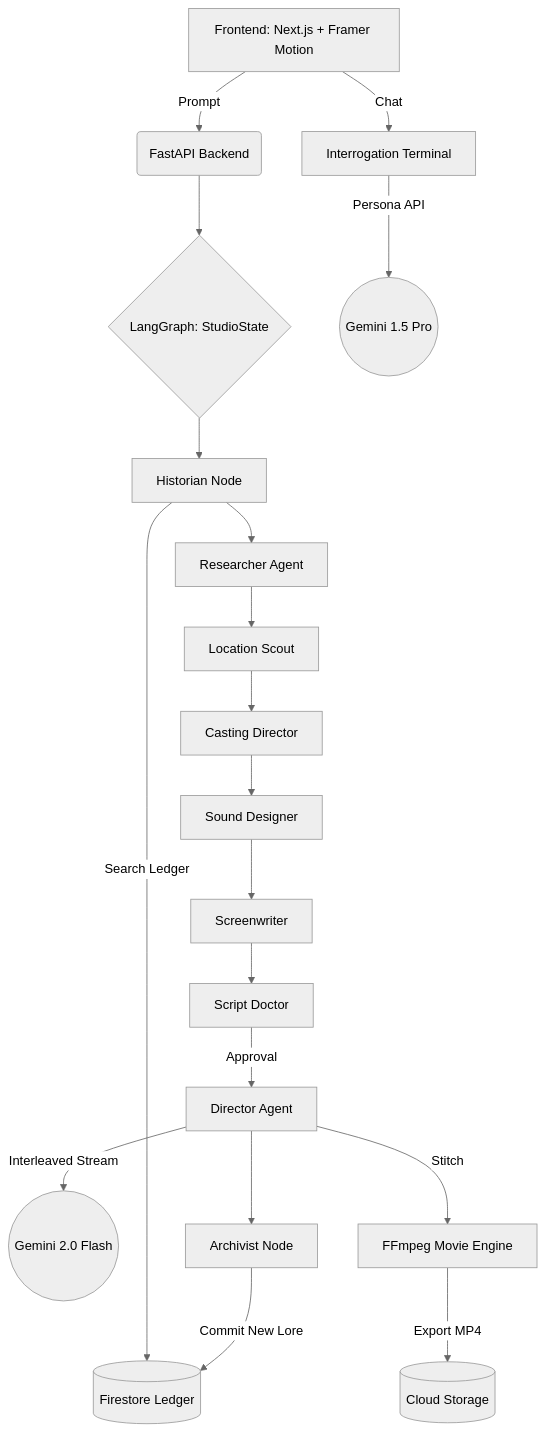
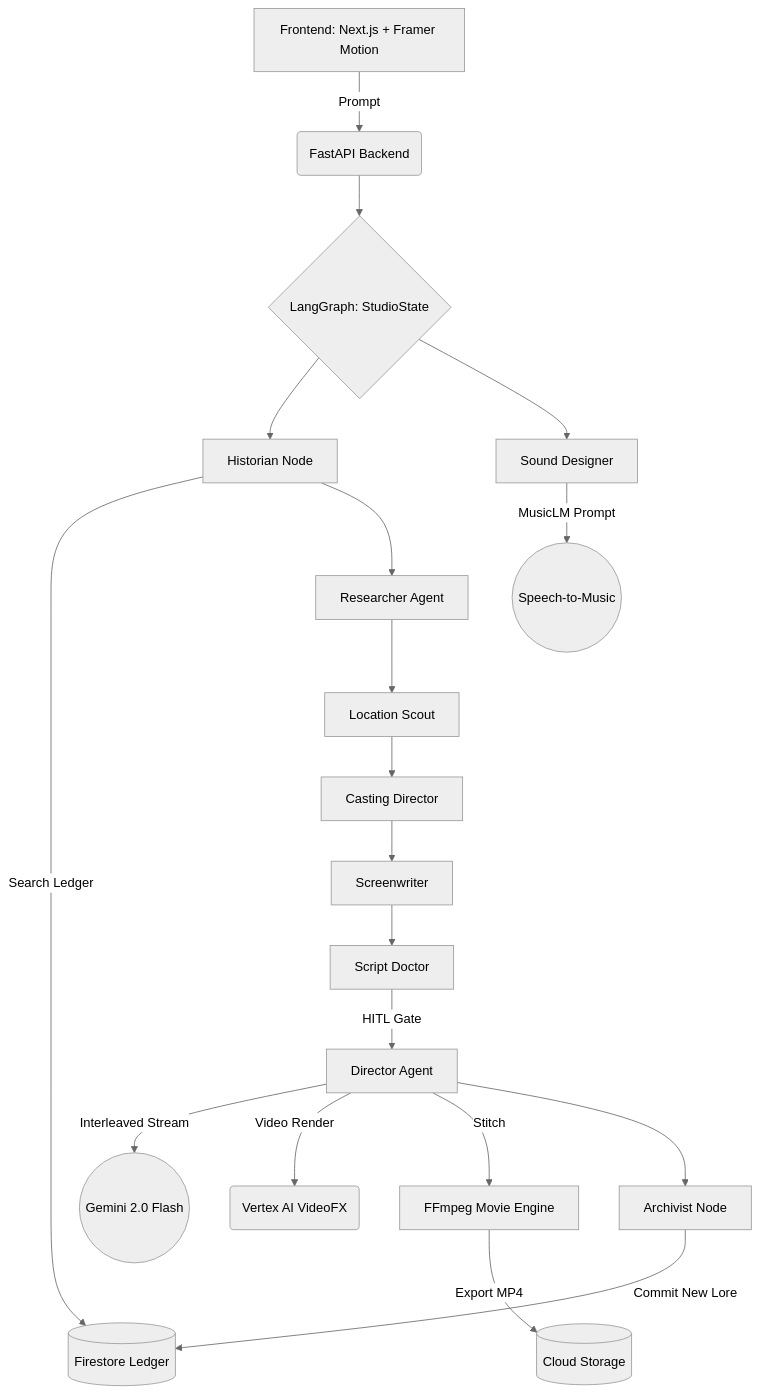
Before and after one commit to Rishikoli/lotus-ai-studio: the diagram in README.md, drawn with Mermaid (neutral theme). The commit also changed other lines of this file and 27 other files, not shown here.

````diff
--- a/README.md
+++ b/README.md
@@ -34,27 +41,27 @@
 ```mermaid
 graph TD
     A[Frontend: Next.js + Framer Motion] -->|Prompt| B(FastAPI Backend)
     B --> C{LangGraph: StudioState}
-    
+  
     C --> H[Historian Node]
     H -->|Search Ledger| FL[(Firestore Ledger)]
-    
+  
+    C --> SD[Sound Designer]
+    SD -->|MusicLM Prompt| ML((Speech-to-Music))
+  
     H --> R[Researcher Agent]
     R --> LS[Location Scout]
     LS --> CD[Casting Director]
-    CD --> SD[Sound Designer]
-    SD --> SW[Screenwriter]
+    CD --> SW[Screenwriter]
     SW --> DR[Script Doctor]
-    
-    DR -->|Approval| J[Director Agent]
+  
+    DR -->|HITL Gate| J[Director Agent]
     J -->|Interleaved Stream| K((Gemini 2.0 Flash))
-    
+  
+    J -->|Video Render| VE(Vertex AI VideoFX)
     J -->|Stitch| FF[FFmpeg Movie Engine]
     FF -->|Export MP4| GCS[(Cloud Storage)]
-    
+  
     J --> ARCH[Archivist Node]
     ARCH -->|Commit New Lore| FL
-    
-    A -->|Chat| IT[Interrogation Terminal]
-    IT -->|Persona API| Gemini((Gemini 1.5 Pro))
 ```
````
